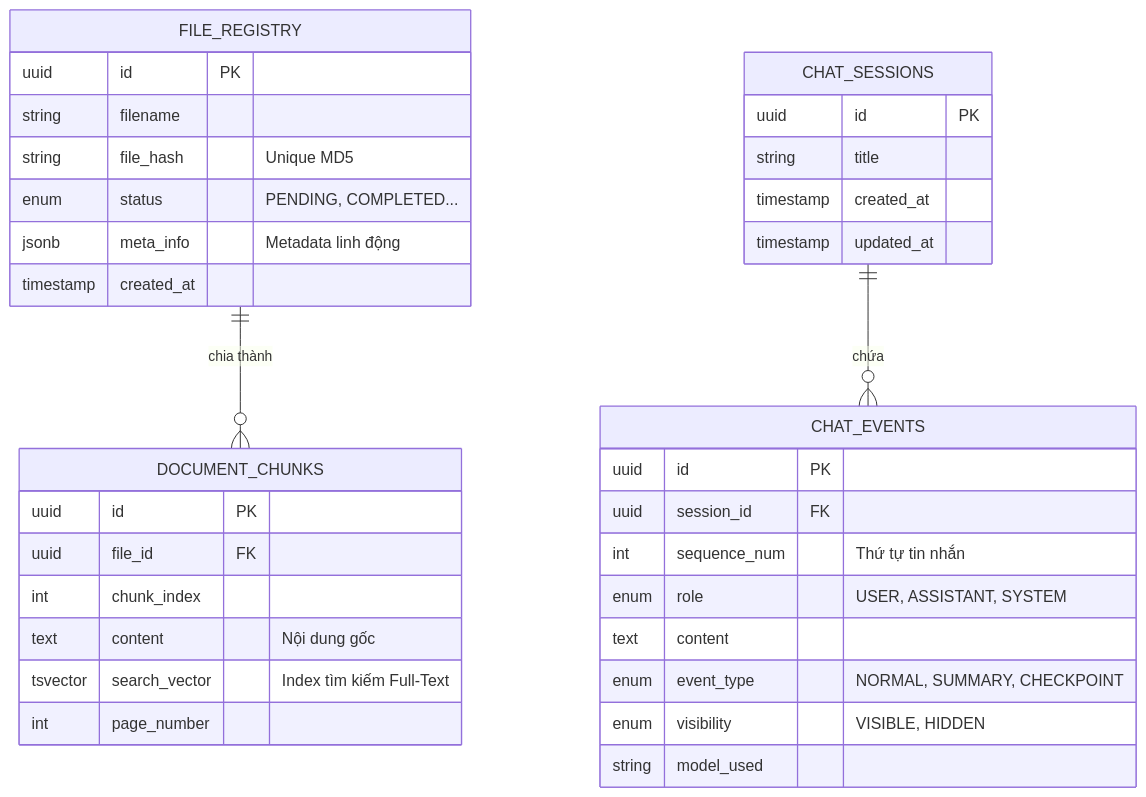
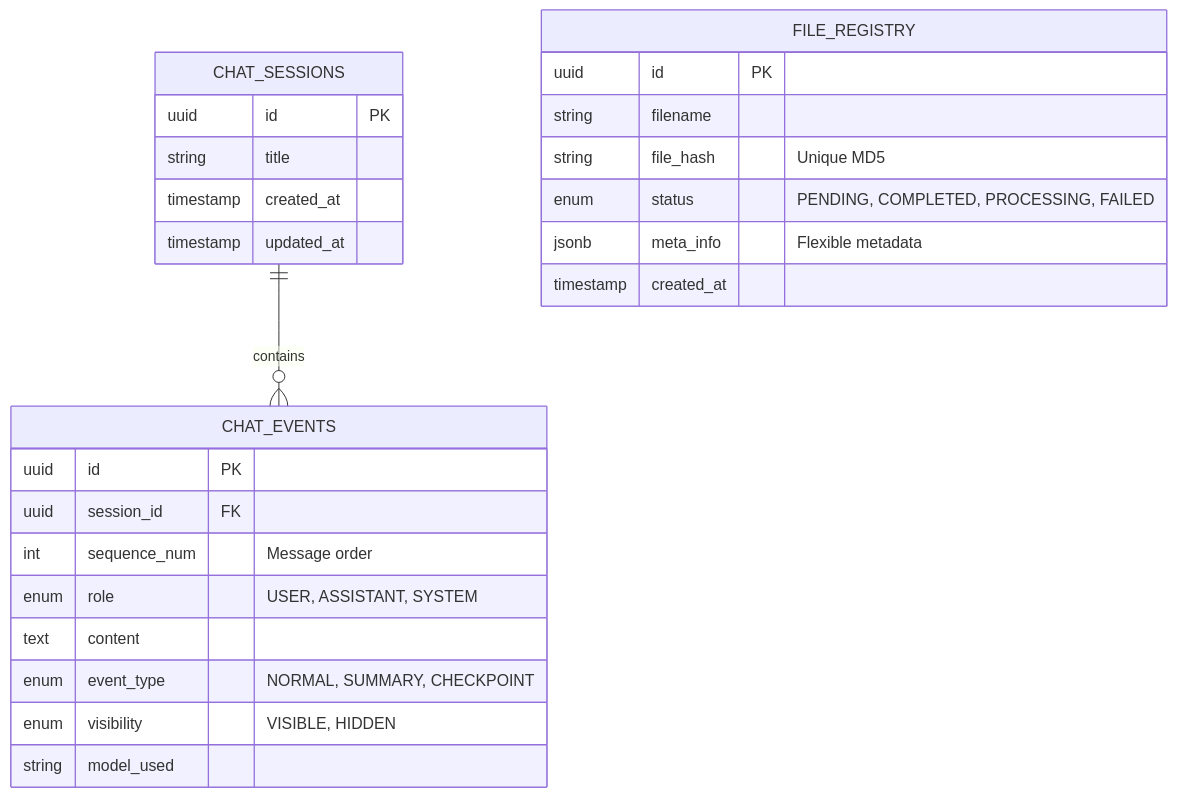
The second of 8 diagrams in DESIGN.md (ducanhMU/RAGHouse), drawn with Mermaid before and after one commit. The commit also changed other lines of this file, not shown here.

````diff
--- a/DESIGN.md
+++ b/DESIGN.md
@@ -79,41 +126,31 @@
 ```mermaid
 erDiagram
-    FILE_REGISTRY ||--o{ DOCUMENT_CHUNKS : "chia thành"
-    CHAT_SESSIONS ||--o{ CHAT_EVENTS : "chứa"
+    CHAT_SESSIONS ||--o{ CHAT_EVENTS : "contains"
 
     FILE_REGISTRY {
         uuid id PK
         string filename
         string file_hash "Unique MD5"
-        enum status "PENDING, COMPLETED..."
-        jsonb meta_info "Metadata linh động"
+        enum status "PENDING, COMPLETED, PROCESSING, FAILED"
+        jsonb meta_info "Flexible metadata"
         timestamp created_at
-    }
-
-    DOCUMENT_CHUNKS {
-        uuid id PK
-        uuid file_id FK
-        int chunk_index
-        text content "Nội dung gốc"
-        tsvector search_vector "Index tìm kiếm Full-Text"
-        int page_number
     }
 
     CHAT_SESSIONS {
         uuid id PK
         string title
         timestamp created_at
         timestamp updated_at
     }
 
     CHAT_EVENTS {
         uuid id PK
         uuid session_id FK
-        int sequence_num "Thứ tự tin nhắn"
+        int sequence_num "Message order"
         enum role "USER, ASSISTANT, SYSTEM"
         text content
         enum event_type "NORMAL, SUMMARY, CHECKPOINT"
         enum visibility "VISIBLE, HIDDEN"
         string model_used
     }
 ```
````
